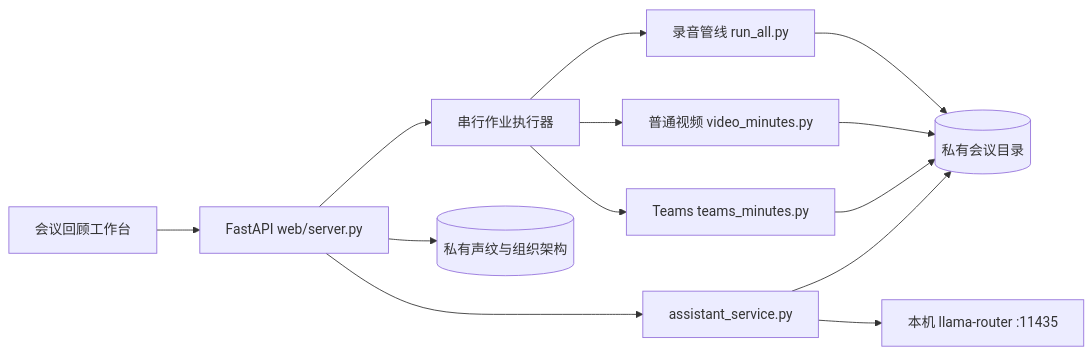
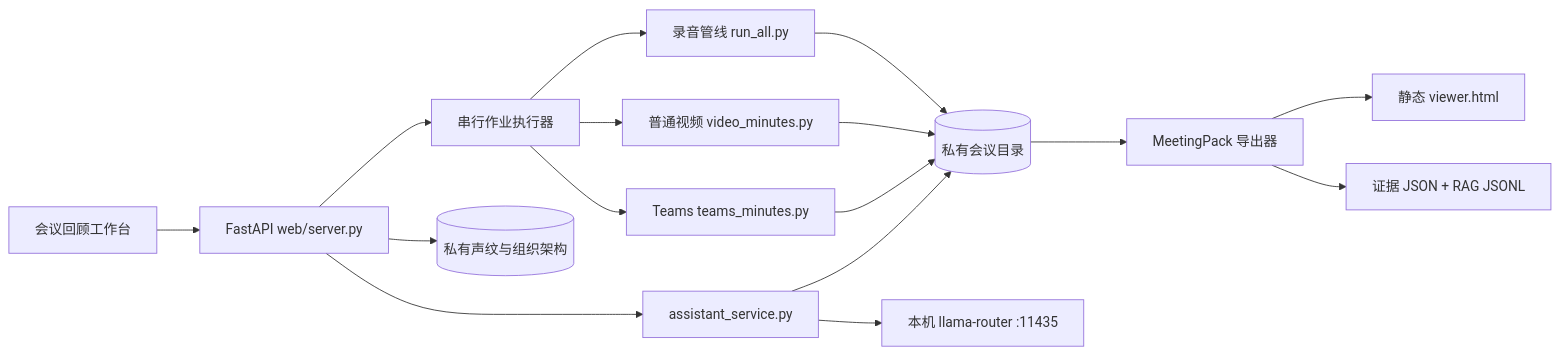
The diagram in docs/ARCHITECTURE.md (JohnnyBGoodeLithium/Local-Video-Meeting-Minutes), drawn with Mermaid before and after one commit. The commit also changed other lines of this file and 19 other files, not shown here.

Commit message:
add evidence-linked meeting packs and RAG export

````diff
--- a/docs/ARCHITECTURE.md
+++ b/docs/ARCHITECTURE.md
@@ -11,15 +11,18 @@
 ```mermaid
 flowchart LR
     UI[会议回顾工作台] --> API[FastAPI web/server.py]
     API --> JOBS[串行作业执行器]
     JOBS --> AUDIO[录音管线 run_all.py]
     JOBS --> VIDEO[普通视频 video_minutes.py]
     JOBS --> TEAMS[Teams teams_minutes.py]
     AUDIO --> DATA[(私有会议目录)]
     VIDEO --> DATA
     TEAMS --> DATA
     API --> BANK[(私有声纹与组织架构)]
     API --> ASSIST[assistant_service.py]
     ASSIST --> ROUTER[本机 llama-router :11435]
     ASSIST --> DATA
+    DATA --> EXPORT[MeetingPack 导出器]
+    EXPORT --> VIEWER[静态 viewer.html]
+    EXPORT --> RAG[证据 JSON + RAG JSONL]
 ```
````
